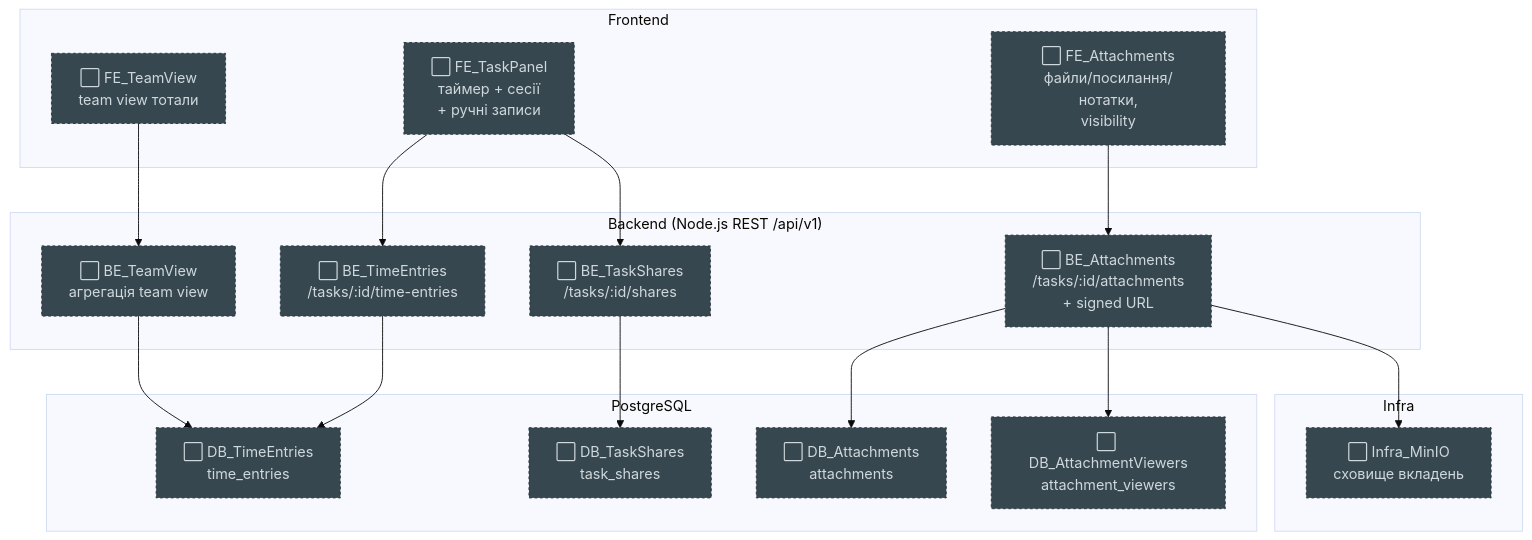
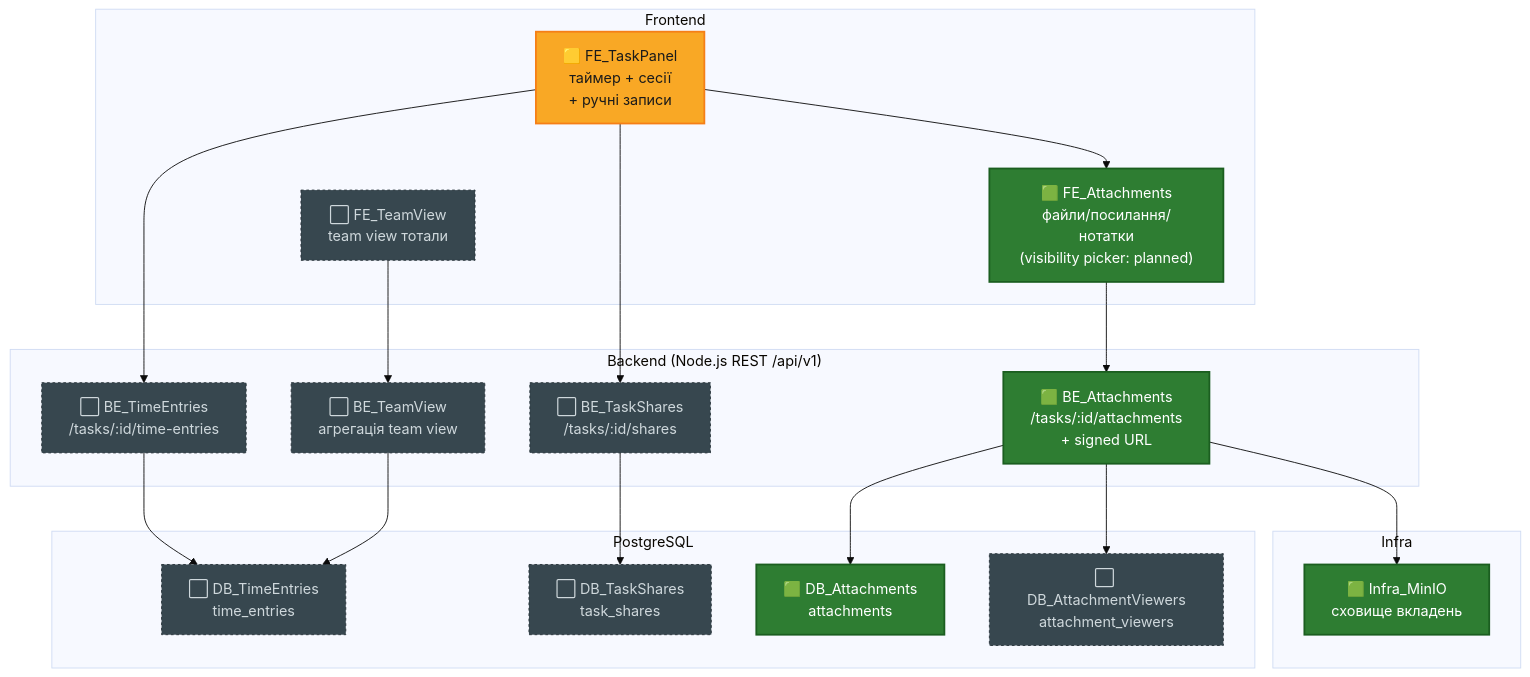
Before and after one commit to ansukhorukova/learn-it: the third of 4 diagrams in PROJECT_MAP.md, drawn with Mermaid (base theme). The commit also changed other lines of this file and 1 other file, not shown here.

Commit message:
docs: update PROJECT_MAP.md — Task attachments позначено done після Approve, FE_TaskPanel — progress (лише секція вкладень)

````diff
--- a/PROJECT_MAP.md
+++ b/PROJECT_MAP.md
@@ -103,43 +103,46 @@
 ```mermaid
 graph TD
   classDef done fill:#2e7d32,color:#ffffff,stroke:#1b5e20,stroke-width:2px;
   classDef progress fill:#f9a825,color:#1a1a1a,stroke:#f57f17,stroke-width:2px;
   classDef planned fill:#37474f,color:#cfd8dc,stroke:#263238,stroke-width:1px,stroke-dasharray: 3 3;
 
   subgraph FE["Frontend"]
-    FE_TaskPanel["⬜ FE_TaskPanel<br/>таймер + сесії<br/>+ ручні записи"]
-    FE_Attachments["⬜ FE_Attachments<br/>файли/посилання/нотатки,<br/>visibility"]
+    FE_TaskPanel["🟨 FE_TaskPanel<br/>таймер + сесії<br/>+ ручні записи"]
+    FE_Attachments["🟩 FE_Attachments<br/>файли/посилання/нотатки<br/>(visibility picker: planned)"]
     FE_TeamView["⬜ FE_TeamView<br/>team view тотали"]
   end
 
   subgraph BE["Backend (Node.js REST /api/v1)"]
     BE_TimeEntries["⬜ BE_TimeEntries<br/>/tasks/:id/time-entries"]
     BE_TaskShares["⬜ BE_TaskShares<br/>/tasks/:id/shares"]
-    BE_Attachments["⬜ BE_Attachments<br/>/tasks/:id/attachments<br/>+ signed URL"]
+    BE_Attachments["🟩 BE_Attachments<br/>/tasks/:id/attachments<br/>+ signed URL"]
     BE_TeamView["⬜ BE_TeamView<br/>агрегація team view"]
   end
 
   subgraph DB["PostgreSQL"]
     DB_TimeEntries["⬜ DB_TimeEntries<br/>time_entries"]
     DB_TaskShares["⬜ DB_TaskShares<br/>task_shares"]
-    DB_Attachments["⬜ DB_Attachments<br/>attachments"]
+    DB_Attachments["🟩 DB_Attachments<br/>attachments"]
     DB_AttachmentViewers["⬜ DB_AttachmentViewers<br/>attachment_viewers"]
   end
 
   subgraph Infra["Infra"]
-    Infra_MinIO["⬜ Infra_MinIO<br/>сховище вкладень"]
+    Infra_MinIO["🟩 Infra_MinIO<br/>сховище вкладень"]
   end
 
   FE_TaskPanel --> BE_TimeEntries
   BE_TimeEntries --> DB_TimeEntries
   FE_TaskPanel --> BE_TaskShares
   BE_TaskShares --> DB_TaskShares
+  FE_TaskPanel --> FE_Attachments
   FE_Attachments --> BE_Attachments
   BE_Attachments --> DB_Attachments
   BE_Attachments --> DB_AttachmentViewers
   BE_Attachments --> Infra_MinIO
   FE_TeamView --> BE_TeamView
   BE_TeamView --> DB_TimeEntries
 
-  class FE_TaskPanel,FE_Attachments,FE_TeamView,BE_TimeEntries,BE_TaskShares,BE_Attachments,BE_TeamView,DB_TimeEntries,DB_TaskShares,DB_Attachments,DB_AttachmentViewers,Infra_MinIO planned;
+  class FE_Attachments,BE_Attachments,DB_Attachments,Infra_MinIO done;
+  class FE_TaskPanel progress;
+  class BE_TimeEntries,BE_TaskShares,BE_TeamView,DB_TimeEntries,DB_TaskShares,DB_AttachmentViewers,FE_TeamView planned;
 ```
````
